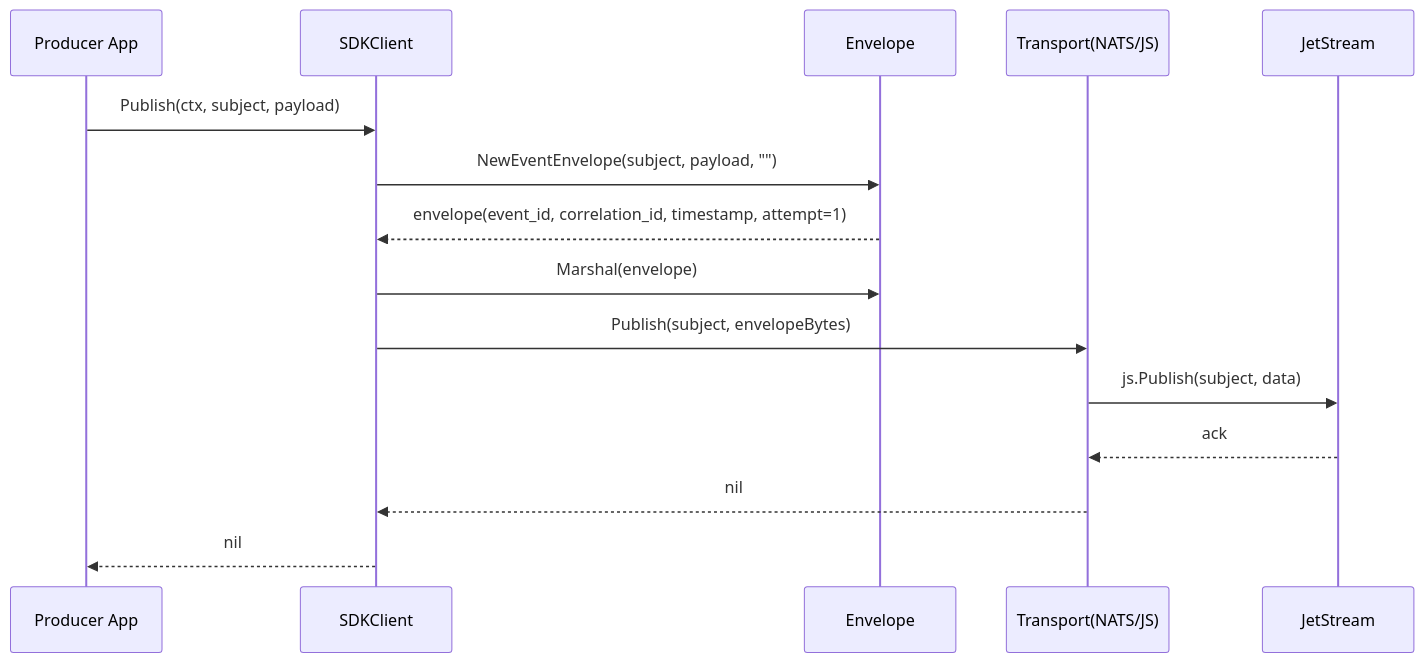
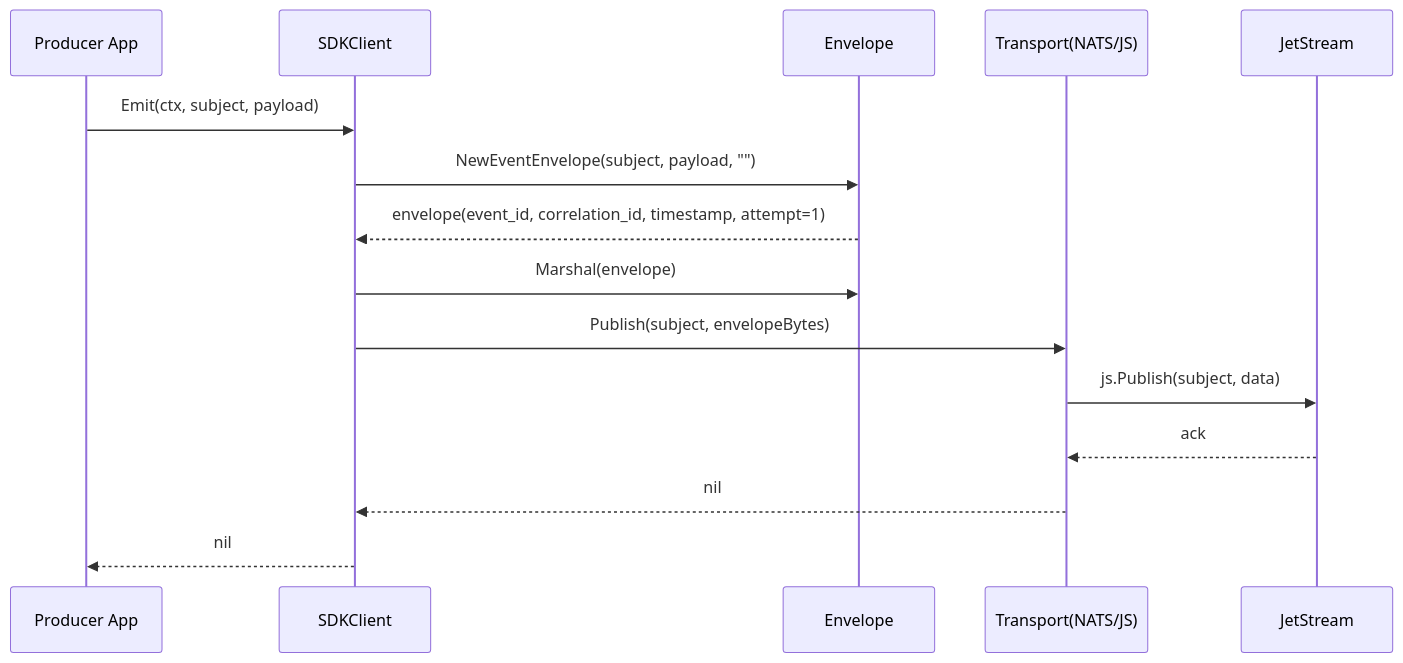
One commit to include2md/eventsdk changed the first of 3 diagrams in doc/mermaid.md. Above: the diagram before and after it, drawn with Mermaid. The commit also changed other lines of this file and 15 other files, not shown here.

````diff
--- a/doc/mermaid.md
+++ b/doc/mermaid.md
@@ -98,18 +98,18 @@
 ```mermaid
 sequenceDiagram
     participant App as Producer App
     participant C as SDKClient
     participant E as Envelope
     participant T as Transport(NATS/JS)
     participant S as JetStream
 
-    App->>C: Publish(ctx, subject, payload)
+    App->>C: Emit(ctx, subject, payload)
     C->>E: NewEventEnvelope(subject, payload, "")
     E-->>C: envelope(event_id, correlation_id, timestamp, attempt=1)
     C->>E: Marshal(envelope)
     C->>T: Publish(subject, envelopeBytes)
     T->>S: js.Publish(subject, data)
     S-->>T: ack
     T-->>C: nil
     C-->>App: nil
 ```
````
